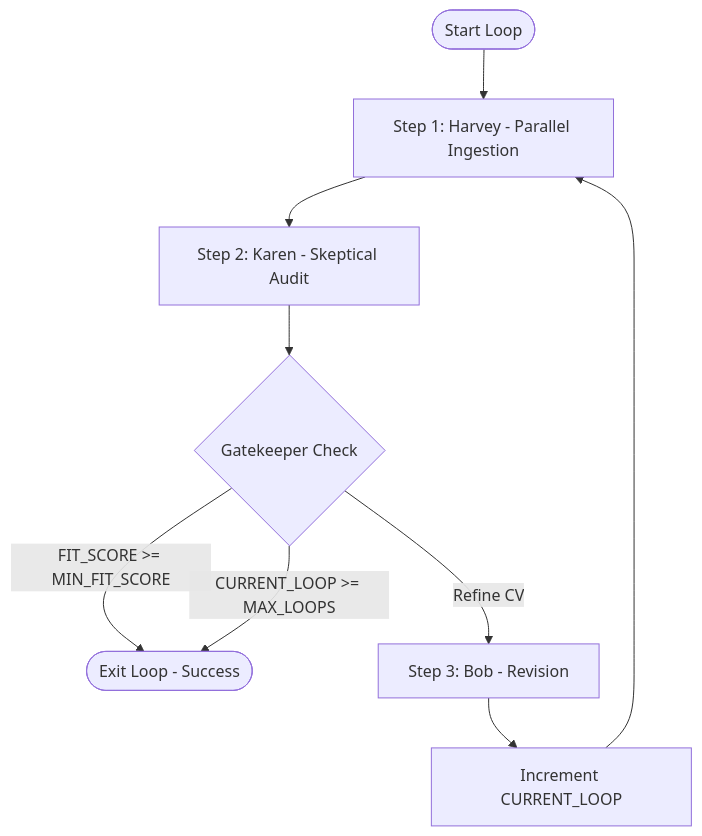
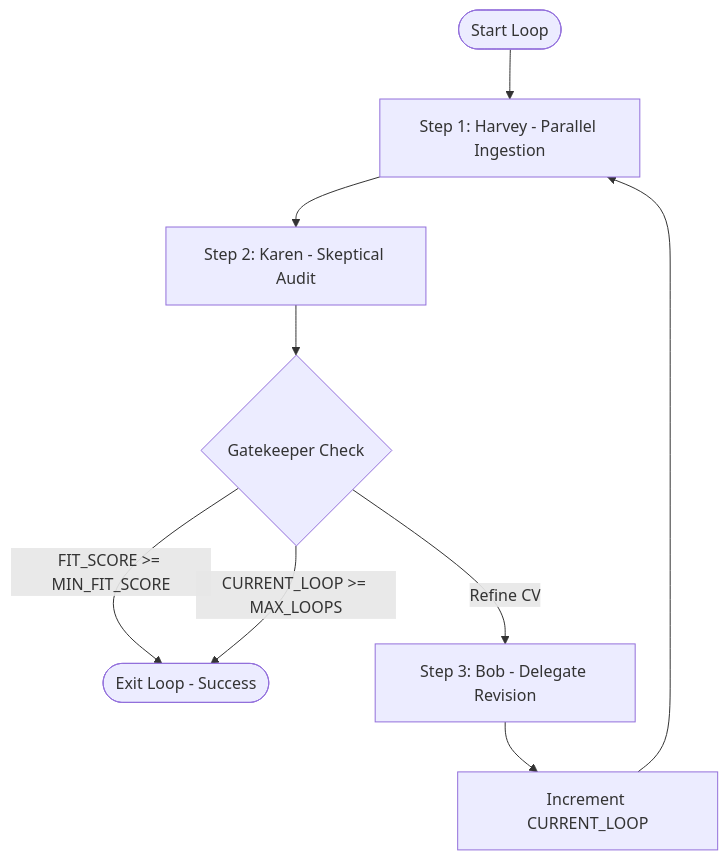
One commit to al4xdev/crime_alley_cv changed the diagram in main.md. Above: the diagram before and after it, drawn with Mermaid. The commit also changed other lines of this file and 1 other file, not shown here.

First line of the commit message:
docs: delegate CV revision to bob_revisor/main.md and sandbox loop workspace

````diff
--- a/main.md
+++ b/main.md
@@ -26,11 +29,11 @@
 ```mermaid
 graph TD
     Start([Start Loop]) --> Step1[Step 1: Harvey - Parallel Ingestion]
     Step1 --> Step2[Step 2: Karen - Skeptical Audit]
     Step2 --> Check{Gatekeeper Check}
     Check -- "FIT_SCORE >= MIN_FIT_SCORE" --> End([Exit Loop - Success])
     Check -- "CURRENT_LOOP >= MAX_LOOPS" --> End
-    Check -- "Refine CV" --> Step3[Step 3: Bob - Revision]
+    Check -- "Refine CV" --> Step3[Step 3: Bob - Delegate Revision]
     Step3 --> Increment[Increment CURRENT_LOOP]
     Increment --> Step1
 ```
````
